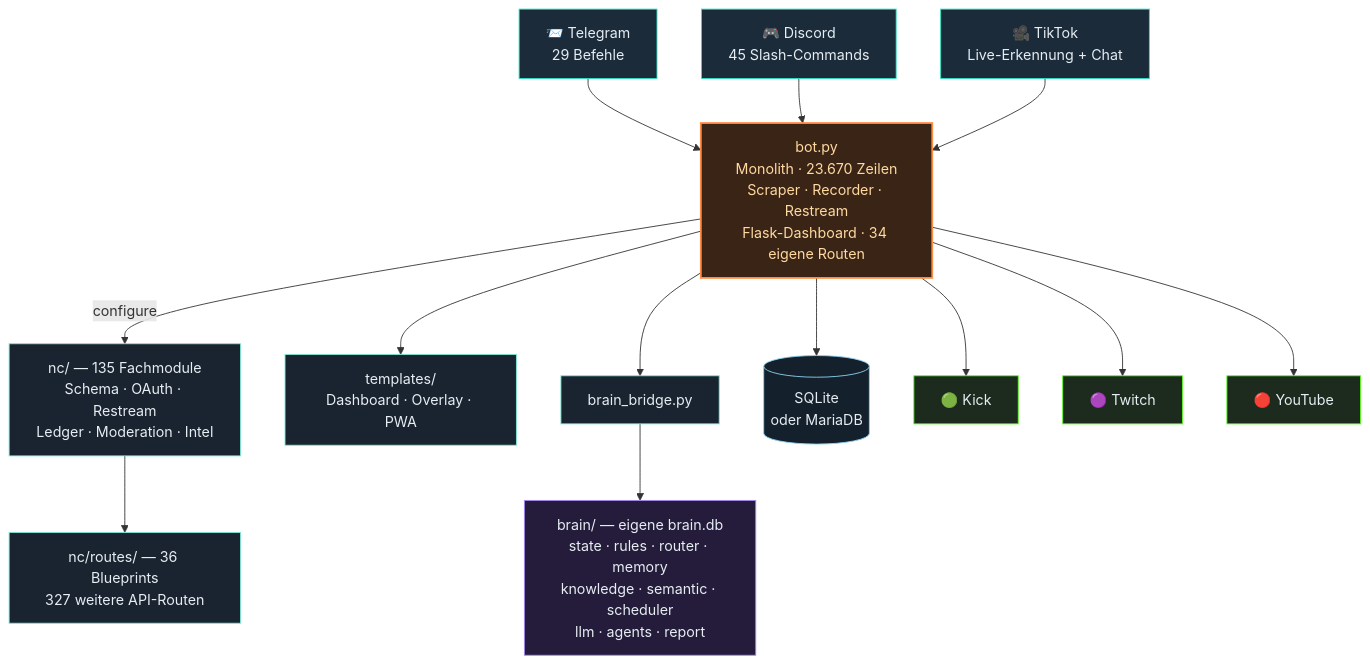
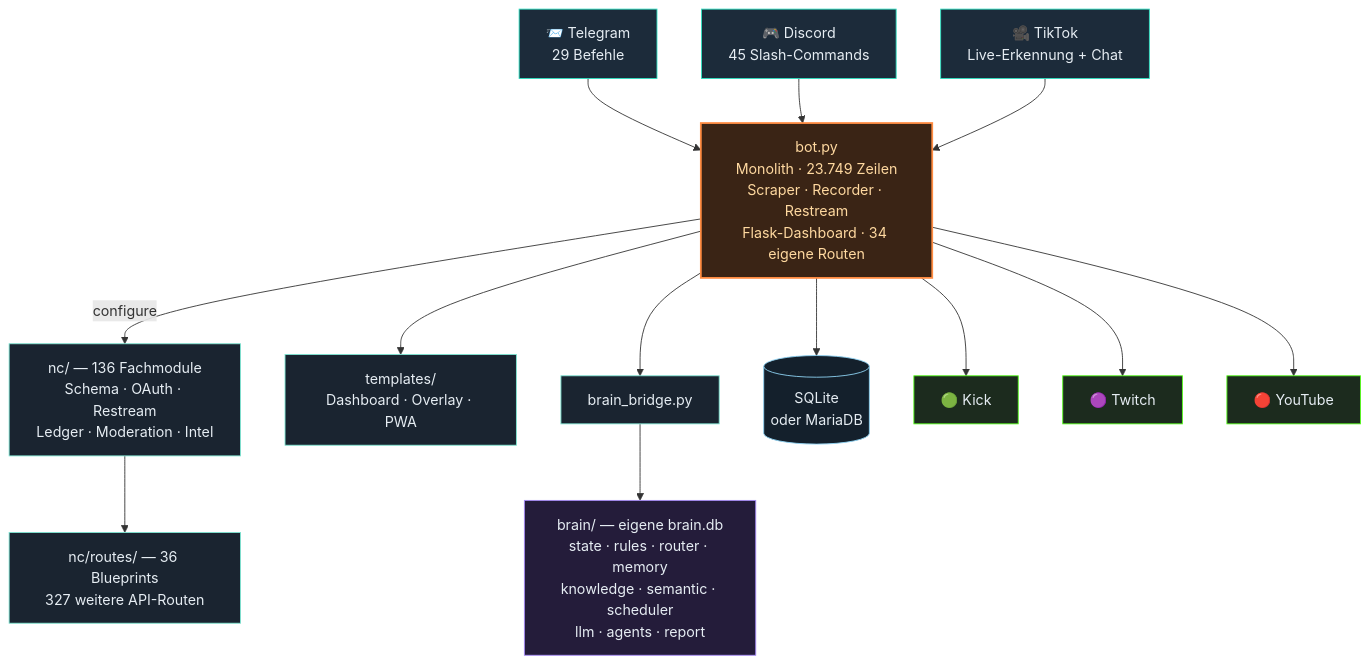
One commit to itsamemedev/Telegram-Stream-Info-Bot changed the third of 4 diagrams in README.md. Above: the diagram before and after it, drawn with Mermaid. The commit also changed other lines of this file and 11 other files, not shown here.

````diff
--- a/README.md
+++ b/README.md
@@ -189,30 +189,30 @@
 ```mermaid
 flowchart TB
     TG["📨 Telegram<br/>29 Befehle"]:::ein
     DC["🎮 Discord<br/>45 Slash-Commands"]:::ein
     TT["🎥 TikTok<br/>Live-Erkennung + Chat"]:::ein
 
     TG --> BOT
     DC --> BOT
     TT --> BOT
 
-    BOT["bot.py<br/>Monolith · 23.670 Zeilen<br/>Scraper · Recorder · Restream<br/>Flask-Dashboard · 34 eigene Routen"]:::core
+    BOT["bot.py<br/>Monolith · 23.749 Zeilen<br/>Scraper · Recorder · Restream<br/>Flask-Dashboard · 34 eigene Routen"]:::core
 
-    BOT -->|configure| NC["nc/ — 135 Fachmodule<br/>Schema · OAuth · Restream<br/>Ledger · Moderation · Intel"]:::lib
+    BOT -->|configure| NC["nc/ — 136 Fachmodule<br/>Schema · OAuth · Restream<br/>Ledger · Moderation · Intel"]:::lib
     NC --> RT["nc/routes/ — 36 Blueprints<br/>327 weitere API-Routen"]:::lib
     BOT --> TPL["templates/<br/>Dashboard · Overlay · PWA"]:::lib
     BOT --> BR["brain_bridge.py"]:::lib
     BR --> BRAIN["brain/ — eigene brain.db<br/>state · rules · router · memory<br/>knowledge · semantic · scheduler<br/>llm · agents · report"]:::brain
     BOT --> DB[("SQLite<br/>oder MariaDB")]:::db
 
     BOT --> KICK["🟢 Kick"]:::out
     BOT --> TW["🟣 Twitch"]:::out
     BOT --> YT["🔴 YouTube"]:::out
 
     classDef ein fill:#1c2b3a,stroke:#2de1c2,color:#e6edf3
     classDef core fill:#3a2415,stroke:#ff8c42,stroke-width:2px,color:#ffd9a0
     classDef lib fill:#1a2430,stroke:#7fe7d4,color:#e6edf3
     classDef brain fill:#241c3a,stroke:#a78bfa,color:#e6edf3
     classDef db fill:#14202c,stroke:#8fd3f4,color:#e6edf3
     classDef out fill:#1c2b1e,stroke:#53fc18,color:#e6edf3
 ```
````
